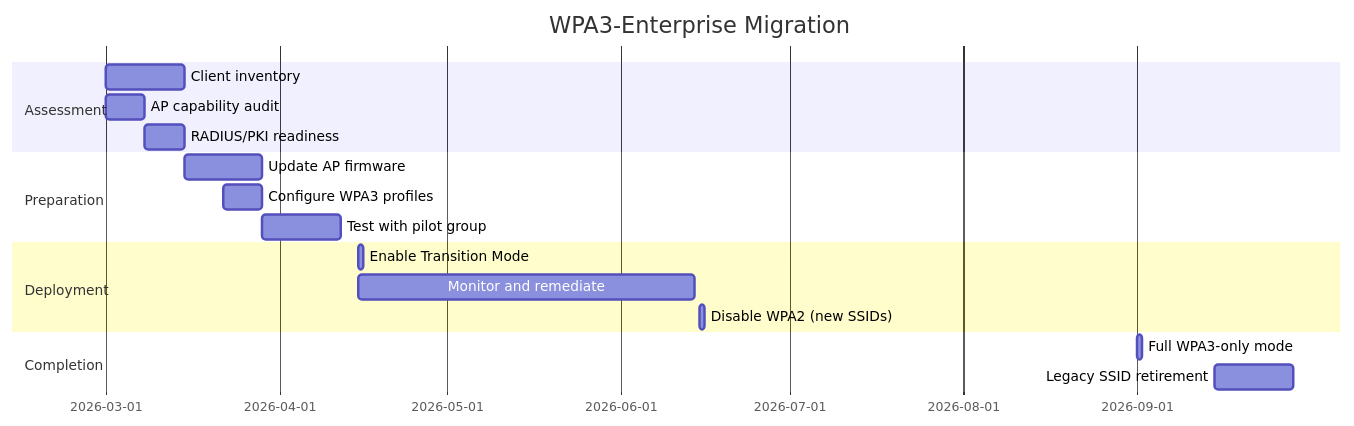
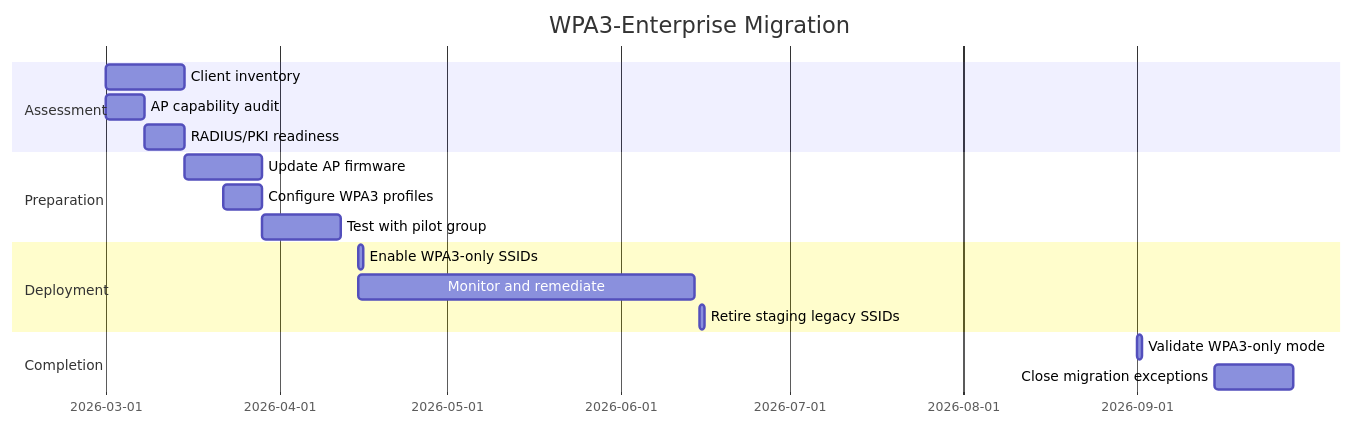
One commit to NewOrleansITI/networkstandards changed the seventh of 9 diagrams in docs/security/wpa3-enterprise.md. Above: the diagram before and after it, drawn with Mermaid. The commit also changed other lines of this file and 19 other files, not shown here.

````diff
--- a/docs/security/wpa3-enterprise.md
+++ b/docs/security/wpa3-enterprise.md
@@ -361,24 +343,24 @@
 ```mermaid
 gantt
     title WPA3-Enterprise Migration
     dateFormat  YYYY-MM-DD
 
     section Assessment
     Client inventory           :a1, 2026-03-01, 14d
     AP capability audit        :a2, 2026-03-01, 7d
     RADIUS/PKI readiness       :a3, 2026-03-08, 7d
 
     section Preparation
     Update AP firmware         :p1, 2026-03-15, 14d
     Configure WPA3 profiles    :p2, 2026-03-22, 7d
     Test with pilot group      :p3, 2026-03-29, 14d
 
     section Deployment
-    Enable Transition Mode     :d1, 2026-04-15, 1d
+    Enable WPA3-only SSIDs  :d1, 2026-04-15, 1d
     Monitor and remediate      :d2, 2026-04-15, 60d
-    Disable WPA2 (new SSIDs)   :d3, 2026-06-15, 1d
+    Retire staging legacy SSIDs:d3, 2026-06-15, 1d
 
     section Completion
-    Full WPA3-only mode        :c1, 2026-09-01, 1d
-    Legacy SSID retirement     :c2, 2026-09-15, 14d
+    Validate WPA3-only mode    :c1, 2026-09-01, 1d
+    Close migration exceptions :c2, 2026-09-15, 14d
 ```
````
